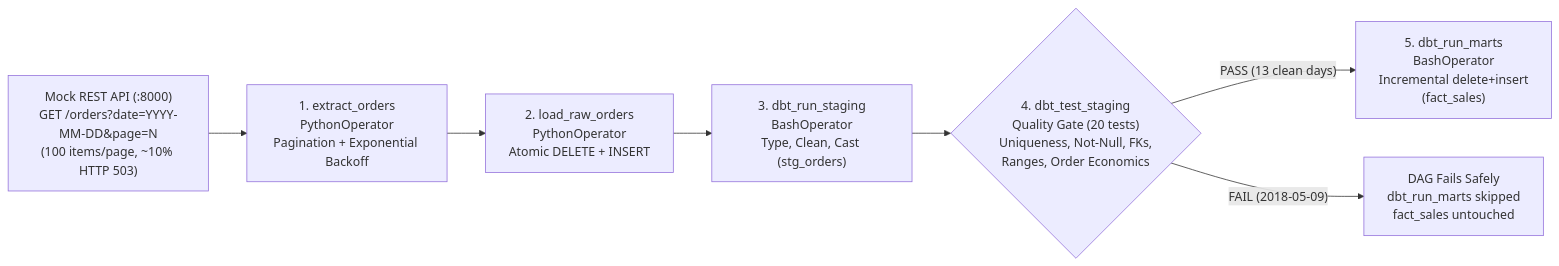
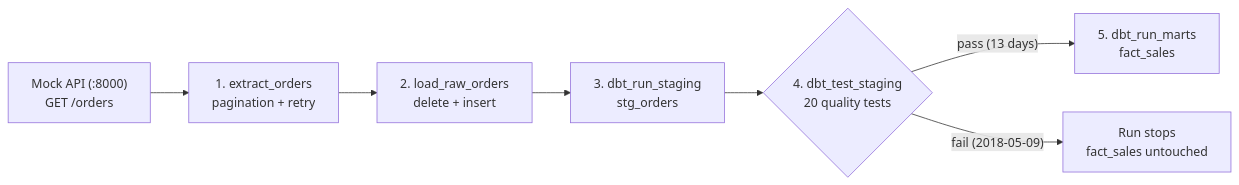
The diagram in AP2/README.md (horus018/data-engineering-assessments), drawn with Mermaid before and after one commit. The commit also changed other lines of this file and 17 other files, not shown here.

Commit message:
docs(ap2): update Airflow UI screenshot, white-background diagrams, and clean formatting

````diff
--- a/AP2/README.md
+++ b/AP2/README.md
@@ -27,14 +23,14 @@
 ```mermaid
 flowchart LR
-    API["Mock REST API (:8000)<br/>GET /orders?date=YYYY-MM-DD&page=N<br/>(100 items/page, ~10% HTTP 503)"]
-    T1["1. extract_orders<br/>PythonOperator<br/>Pagination + Exponential Backoff"]
-    T2["2. load_raw_orders<br/>PythonOperator<br/>Atomic DELETE + INSERT"]
-    T3["3. dbt_run_staging<br/>BashOperator<br/>Type, Clean, Cast (stg_orders)"]
-    T4{"4. dbt_test_staging<br/>Quality Gate (20 tests)<br/>Uniqueness, Not-Null, FKs,<br/>Ranges, Order Economics"}
-    T5["5. dbt_run_marts<br/>BashOperator<br/>Incremental delete+insert<br/>(fact_sales)"]
-    FAIL["DAG Fails Safely<br/>dbt_run_marts skipped<br/>fact_sales untouched"]
+    API["Mock API (:8000)<br/>GET /orders"]
+    T1["1. extract_orders<br/>pagination + retry"]
+    T2["2. load_raw_orders<br/>delete + insert"]
+    T3["3. dbt_run_staging<br/>stg_orders"]
+    T4{"4. dbt_test_staging<br/>20 quality tests"}
+    T5["5. dbt_run_marts<br/>fact_sales"]
+    FAIL["Run stops<br/>fact_sales untouched"]
 
     API --> T1 --> T2 --> T3 --> T4
-    T4 -- "PASS (13 clean days)" --> T5
-    T4 -- "FAIL (2018-05-09)" --> FAIL
+    T4 -- "pass (13 days)" --> T5
+    T4 -- "fail (2018-05-09)" --> FAIL
 ```
````
